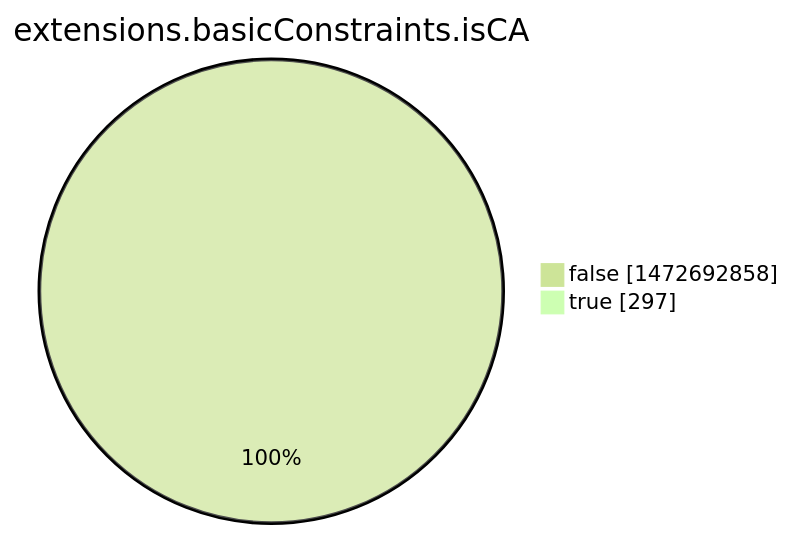
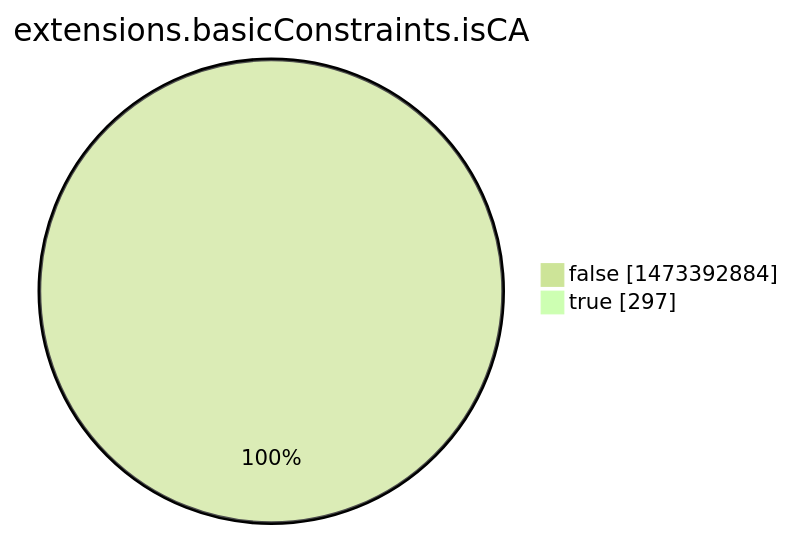
Before and after one commit to christiankrug/ctmonitor_visualization: the eighth of 15 diagrams in argon2022/README.md, drawn with Mermaid (forest theme). The commit also changed other lines of this file, not shown here.

````diff
--- a/argon2022/README.md
+++ b/argon2022/README.md
@@ -2760,6 +2760,6 @@
 ```mermaid
 pie showData
 title extensions.basicConstraints.isCA
-"false" :1472692858
+"false" :1473392884
 "true" :297
 ```
````
